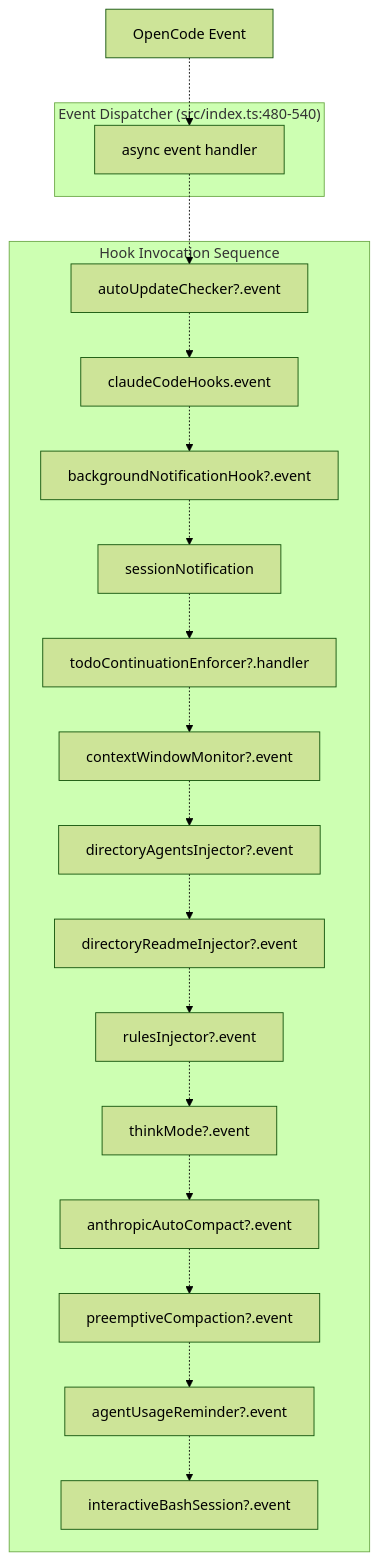
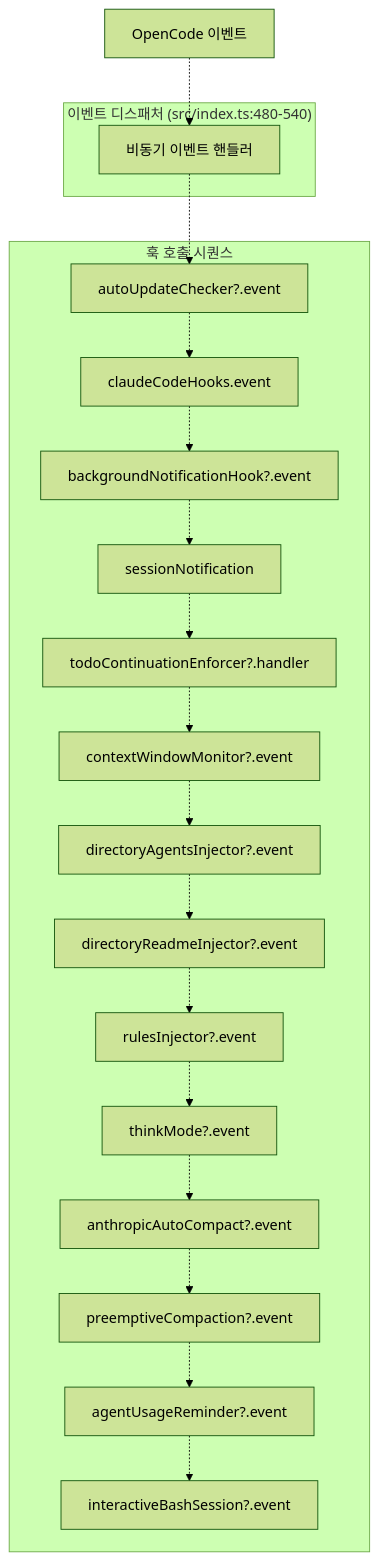
The second of 11 diagrams in docs/architecture/event-handling.md (felipetruman/oh-my-opencode-docs), drawn with Mermaid (forest theme) before and after one commit. The commit also changed other lines of this file and 76 other files, not shown here.

````diff
--- a/docs/architecture/event-handling.md
+++ b/docs/architecture/event-handling.md
@@ -134,57 +134,57 @@
 ```mermaid
 flowchart TD
 
-Event["OpenCode Event"]
-Dispatcher["async event handler"]
+Event["OpenCode 이벤트"]
+Dispatcher["비동기 이벤트 핸들러"]
 H1["autoUpdateChecker?.event"]
 H2["claudeCodeHooks.event"]
 H3["backgroundNotificationHook?.event"]
 H4["sessionNotification"]
 H5["todoContinuationEnforcer?.handler"]
 H6["contextWindowMonitor?.event"]
 H7["directoryAgentsInjector?.event"]
 H8["directoryReadmeInjector?.event"]
 H9["rulesInjector?.event"]
 H10["thinkMode?.event"]
 H11["anthropicAutoCompact?.event"]
 H12["preemptiveCompaction?.event"]
 H13["agentUsageReminder?.event"]
 H14["interactiveBashSession?.event"]
 
 Event -.-> Dispatcher
 Dispatcher -.-> H1
 
-subgraph subGraph1 ["Hook Invocation Sequence"]
+subgraph subGraph1 ["훅 호출 시퀀스"]
     H1
     H2
     H3
     H4
     H5
     H6
     H7
     H8
     H9
     H10
     H11
     H12
     H13
     H14
     H1 -.-> H2
     H2 -.-> H3
     H3 -.-> H4
     H4 -.-> H5
     H5 -.-> H6
     H6 -.-> H7
     H7 -.-> H8
     H8 -.-> H9
     H9 -.-> H10
     H10 -.-> H11
     H11 -.-> H12
     H12 -.-> H13
     H13 -.-> H14
 end
 
-subgraph subGraph0 ["Event Dispatcher (src/index.ts:480-540)"]
+subgraph subGraph0 ["이벤트 디스패처 (src/index.ts:480-540)"]
     Dispatcher
 end
 ```
````
